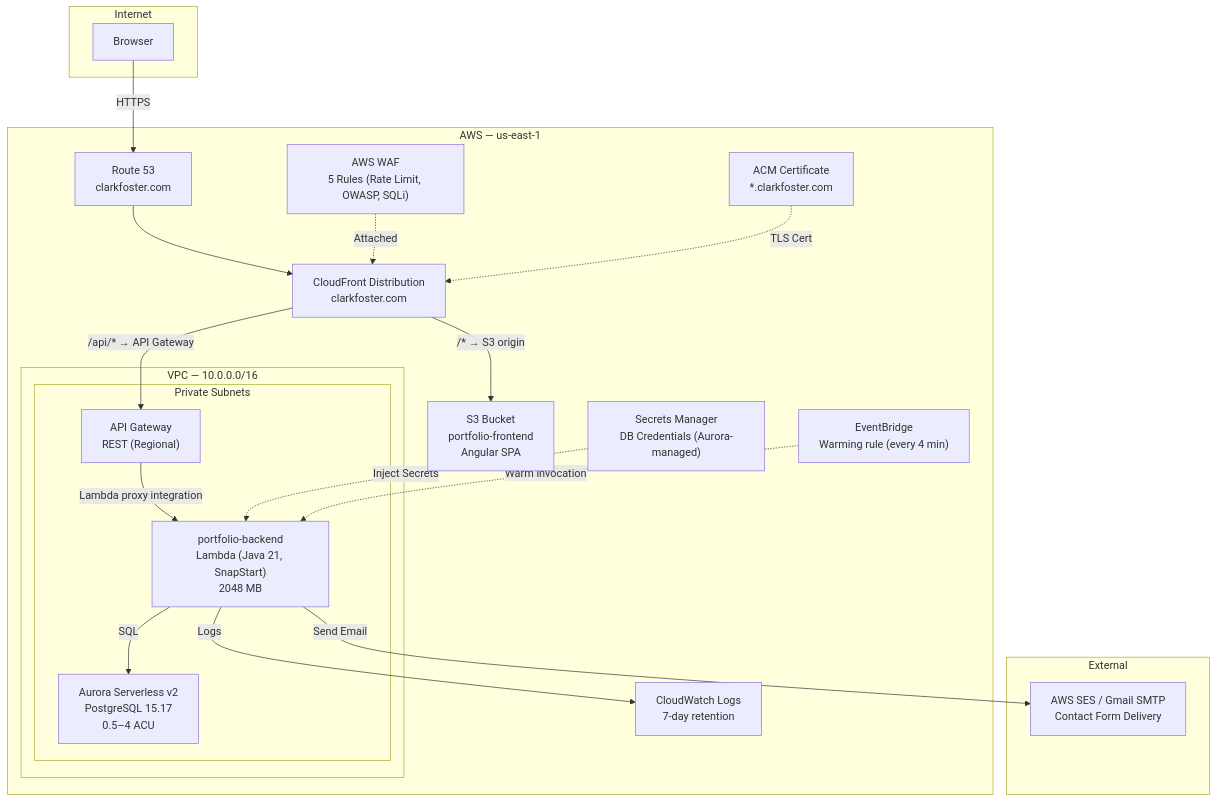
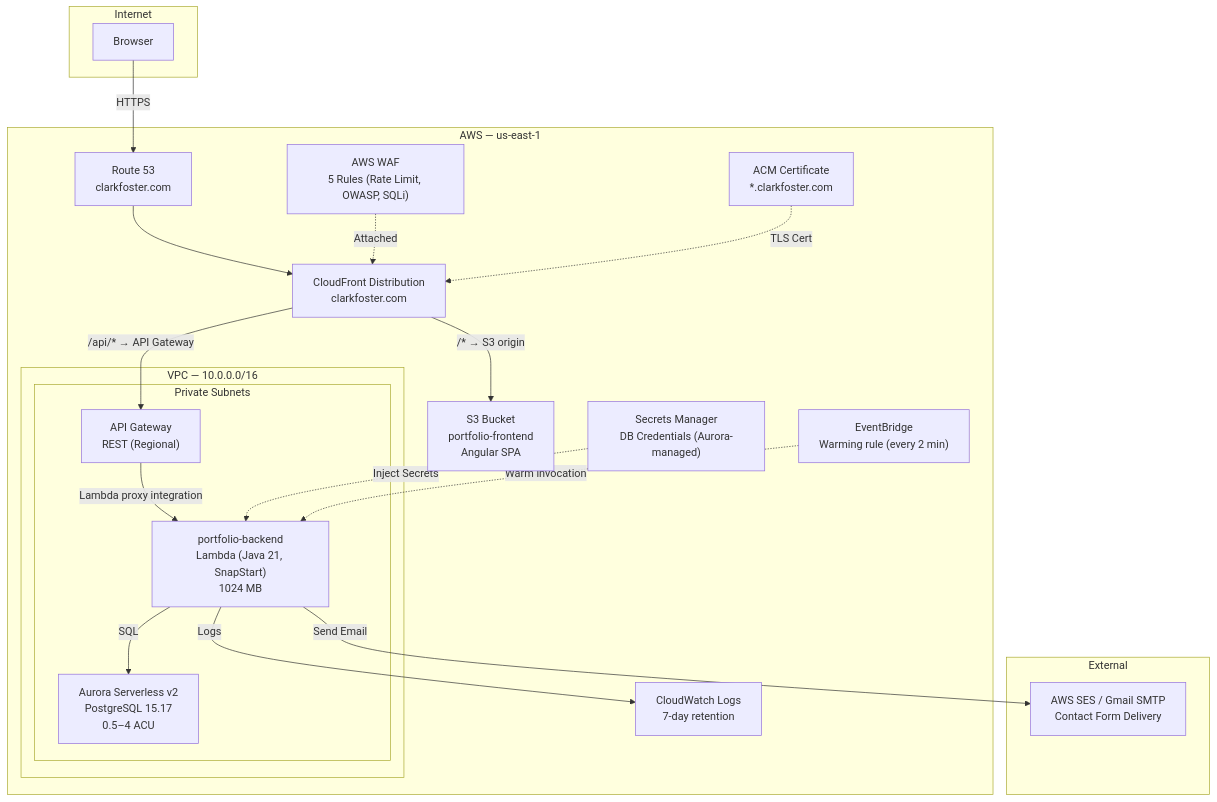
One commit to clark22134/MyPortfolioWebsite changed the first of 16 diagrams in docs/ARCHITECTURE.md. Above: the diagram before and after it, drawn with Mermaid. The commit also changed other lines of this file and 147 other files, not shown here.

````diff
--- a/docs/ARCHITECTURE.md
+++ b/docs/ARCHITECTURE.md
@@ -9,43 +9,43 @@
 ```mermaid
 graph TB
     subgraph Internet
         Browser[Browser]
     end
 
     subgraph AWS["AWS — us-east-1"]
         Route53["Route 53<br/>clarkfoster.com"]
         WAF["AWS WAF<br/>5 Rules (Rate Limit, OWASP, SQLi)"]
         ACM["ACM Certificate<br/>*.clarkfoster.com"]
         CF["CloudFront Distribution<br/>clarkfoster.com"]
         S3["S3 Bucket<br/>portfolio-frontend<br/>Angular SPA"]
 
         subgraph VPC["VPC — 10.0.0.0/16"]
             subgraph Private["Private Subnets"]
                 APIGW["API Gateway<br/>REST (Regional)"]
-                Lambda["portfolio-backend<br/>Lambda (Java 21, SnapStart)<br/>2048 MB"]
+                Lambda["portfolio-backend<br/>Lambda (Java 21, SnapStart)<br/>1024 MB"]
                 Aurora["Aurora Serverless v2<br/>PostgreSQL 15.17<br/>0.5–4 ACU"]
             end
         end
 
         SM["Secrets Manager<br/>DB Credentials (Aurora-managed)"]
         CW["CloudWatch Logs<br/>7-day retention"]
-        EB["EventBridge<br/>Warming rule (every 4 min)"]
+        EB["EventBridge<br/>Warming rule (every 2 min)"]
     end
 
     subgraph External
         SMTP["AWS SES / Gmail SMTP<br/>Contact Form Delivery"]
     end
 
     Browser -->|HTTPS| Route53
     Route53 --> CF
     WAF -.->|Attached| CF
     ACM -.->|TLS Cert| CF
     CF -->|"/* → S3 origin"| S3
     CF -->|"/api/* → API Gateway"| APIGW
     APIGW -->|Lambda proxy integration| Lambda
     Lambda -->|SQL| Aurora
     Lambda -->|Send Email| SMTP
     SM -.->|Inject Secrets| Lambda
     Lambda -->|Logs| CW
     EB -.->|Warm invocation| Lambda
 ```
````
